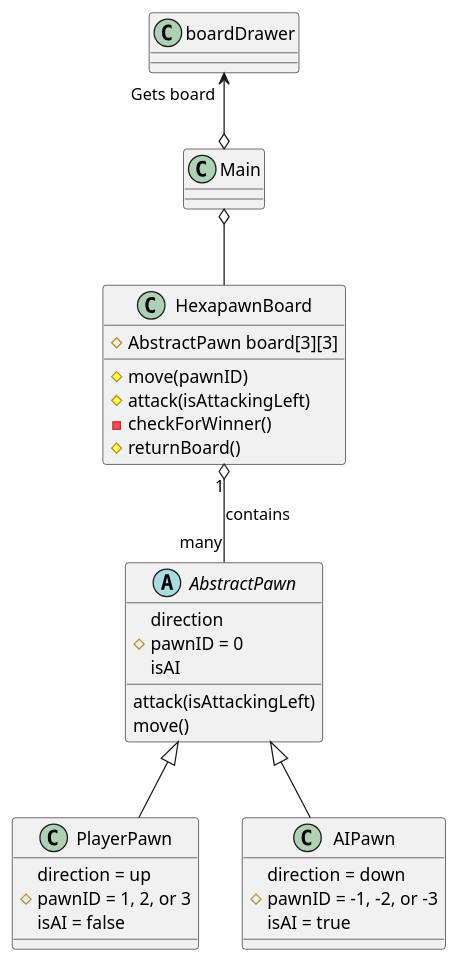
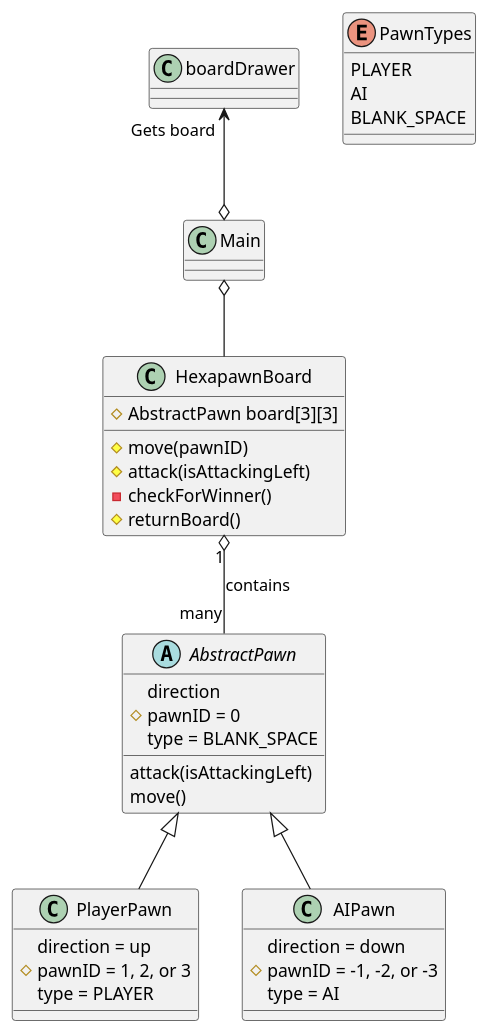
The diagram in src/HexapawnClassDiagram.puml (builderJP/hexapawn), drawn with PlantUML before and after one commit. The commit also changed 3 other files, not shown here.

Commit message:
Refactor: Added Enum PawnTypes, Changed Package

```diff
--- a/src/HexapawnClassDiagram.puml
+++ b/src/HexapawnClassDiagram.puml
@@ -1,47 +1,53 @@
 @startuml
 'https://plantuml.com/class-diagram
 
 
 abstract class AbstractPawn{
     direction
     # {field} pawnID = 0
-    isAI
+    type = BLANK_SPACE
     attack(isAttackingLeft)
     move()
 }
 
 class PlayerPawn{
     direction = up
     # pawnID = 1, 2, or 3
-    isAI = false
+    type = PLAYER
 }
 
 class AIPawn{
     direction = down
     # pawnID = -1, -2, or -3
-    isAI = true
+    type = AI
 }
 
 class HexapawnBoard{
     # AbstractPawn board[3][3]
     # move(pawnID)
     # attack(isAttackingLeft)
     - checkForWinner()
     # returnBoard()
 }
 
 class boardDrawer{
 
 }
 
 class Main{
 
 }
 
+enum PawnTypes{
+    PLAYER
+    AI
+    BLANK_SPACE
+}
+
 boardDrawer "Gets board" <--o Main
 Main o-- HexapawnBoard
 HexapawnBoard "1" o-- "many" AbstractPawn : contains
 AbstractPawn <|-- PlayerPawn
 AbstractPawn <|-- AIPawn
 
 @enduml
```
